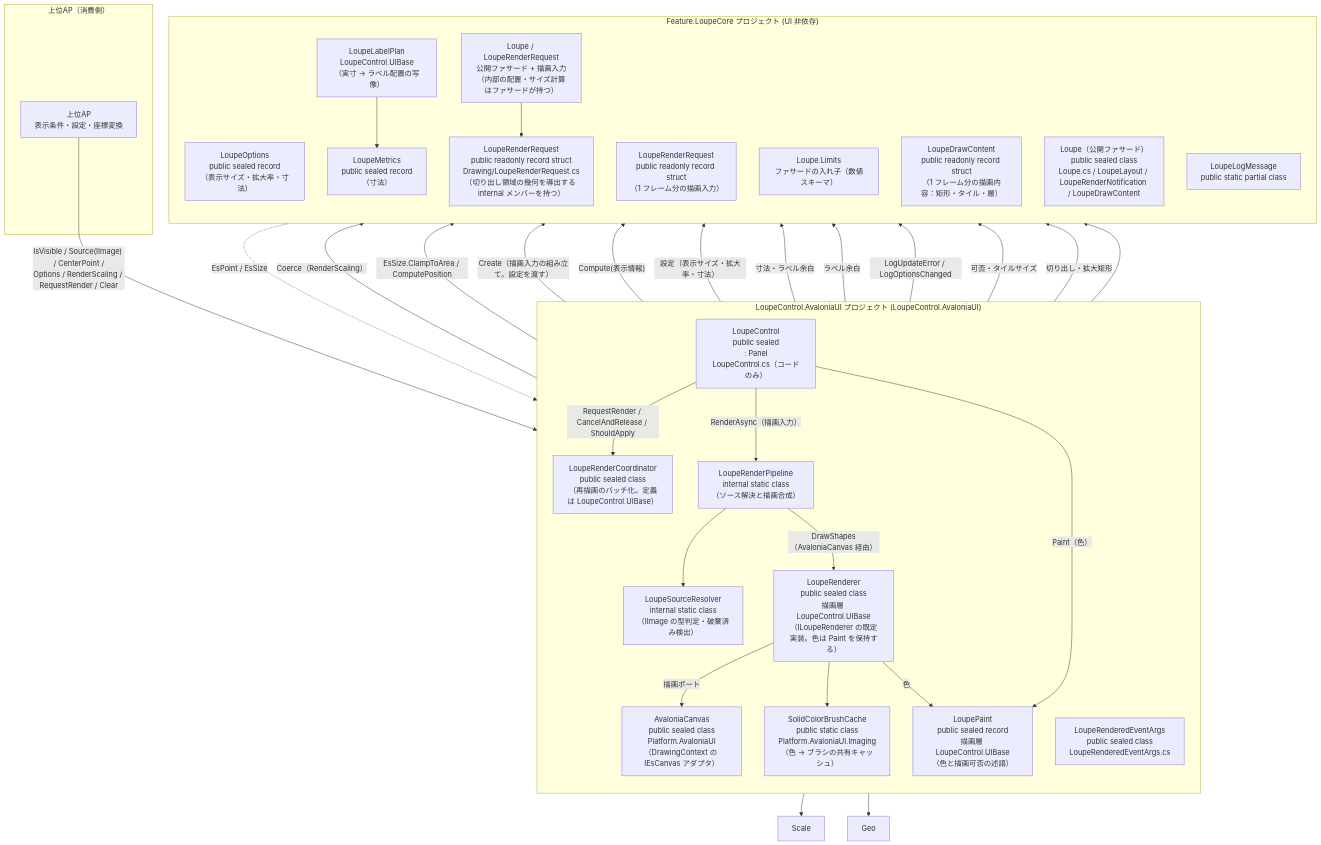
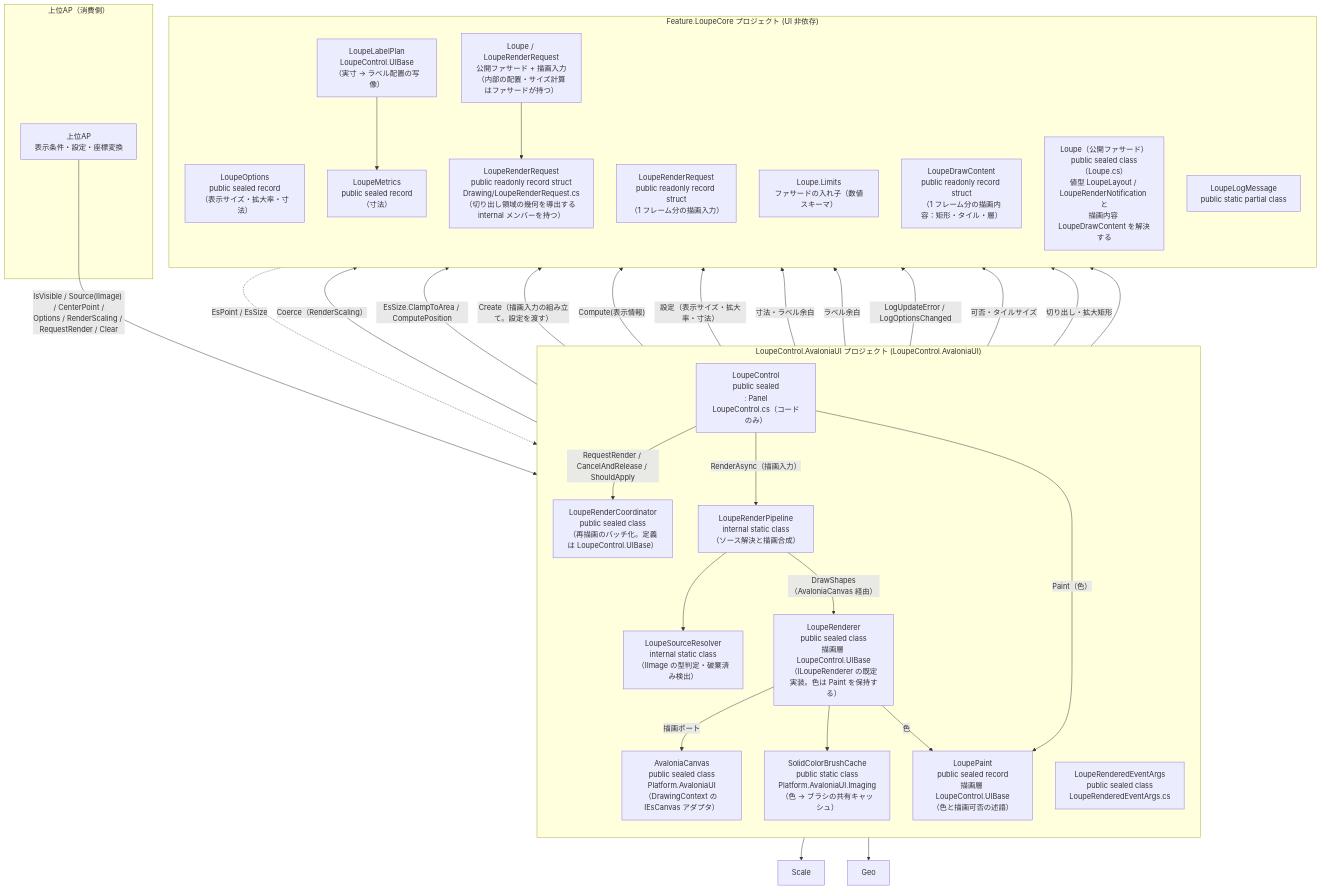
The first of 2 diagrams in src/LoupeControl.AvaloniaUI/SPEC_System.md (tomokuni/SaveEvidence), drawn with Mermaid before and after one commit. The commit also changed 23 other files, not shown here.

````diff
--- a/src/LoupeControl.AvaloniaUI/SPEC_System.md
+++ b/src/LoupeControl.AvaloniaUI/SPEC_System.md
@@ -92,57 +92,57 @@
 ```mermaid
 flowchart TB
     subgraph Host["上位AP（消費側）"]
         AP["上位AP<br/>表示条件・設定・座標変換"]
     end
     subgraph LC["LoupeControl.AvaloniaUI プロジェクト (LoupeControl.AvaloniaUI)"]
         direction TB
         Ctl["LoupeControl<br/>public sealed<br/>: Panel<br/>LoupeControl.cs（コードのみ）"]
         Coh["LoupeRenderCoordinator<br/>public sealed class<br/>（再描画のバッチ化。定義は LoupeControl.UIBase）"]
         Pip["LoupeRenderPipeline<br/>internal static class<br/>（ソース解決と描画合成）"]
         Src["LoupeSourceResolver<br/>internal static class<br/>（IImage の型判定・破棄済み検出）"]
         Rdr["LoupeRenderer<br/>public sealed class<br/>描画層 LoupeControl.UIBase<br/>（ILoupeRenderer の既定実装。色は Paint を保持する）"]
         Pnt["LoupePaint<br/>public sealed record<br/>描画層 LoupeControl.UIBase<br/>（色と描画可否の述語）"]
         Cvs["AvaloniaCanvas<br/>public sealed class<br/>Platform.AvaloniaUI<br/>（DrawingContext の IEsCanvas アダプタ）"]
         Brs["SolidColorBrushCache<br/>public static class<br/>Platform.AvaloniaUI.Imaging<br/>（色 → ブラシの共有キャッシュ）"]
         Evt["LoupeRenderedEventArgs<br/>public sealed class<br/>LoupeRenderedEventArgs.cs"]
     end
     subgraph Core["Feature.LoupeCore プロジェクト (UI 非依存)"]
         direction TB
         Opt["LoupeOptions<br/>public sealed record<br/>（表示サイズ・拡大率・寸法）"]
         Req["LoupeRenderRequest<br/>public readonly record struct<br/>（1 フレーム分の描画入力）"]
         App["LoupeMetrics<br/>public sealed record<br/>（寸法）"]
         Ext["LoupeRenderRequest<br/>public readonly record struct<br/>Drawing/LoupeRenderRequest.cs<br/>（切り出し領域の幾何を導出する internal メンバーを持つ）"]
         Coerce["Loupe.Limits<br/>ファサードの入れ子（数値スキーマ）"]
         Content["LoupeDrawContent<br/>public readonly record struct<br/>（1 フレーム分の描画内容：矩形・タイル・層）"]
         Lay["LoupeLabelPlan<br/>LoupeControl.UIBase<br/>（実寸 → ラベル配置の写像）"]
-        Pos["Loupe（公開ファサード）<br/>public sealed class<br/>Loupe.cs / LoupeLayout / LoupeRenderNotification / LoupeDrawContent"]
+        Pos["Loupe（公開ファサード）<br/>public sealed class（Loupe.cs）<br/>値型 LoupeLayout / LoupeRenderNotification と<br/>描画内容 LoupeDrawContent を解決する"]
         Args["Loupe / LoupeRenderRequest<br/>公開ファサード + 描画入力<br/>（内部の配置・サイズ計算はファサードが持つ）"]
         Log["LoupeLogMessage<br/>public static partial class"]
     end
 
     AP -->|"IsVisible / Source(IImage) / CenterPoint /<br/>Options / RenderScaling / RequestRender / Clear"| Ctl
     Ctl -->|"RequestRender / CancelAndRelease / ShouldApply"| Coh
     Ctl -->|"RenderAsync（描画入力）"| Pip
     Pip --> Src
     Ctl -->|"Coerce（RenderScaling）"| Coerce
     Ctl -->|"EsSize.ClampToArea / ComputePosition"| Pos
     Ctl -->|"Create（描画入力の組み立て。設定を渡す）"| Req
     Ctl -->|"Compute(表示情報)"| Args
     Ctl -->|"設定（表示サイズ・拡大率・寸法）"| Opt
     Ctl -->|"寸法・ラベル余白"| App
     Ctl -->|"Paint（色）"| Pnt
     Ctl -->|"ラベル余白"| Lay
     Ctl -->|"LogUpdateError / LogOptionsChanged"| Log
     Pip -->|"DrawShapes（AvaloniaCanvas 経由）"| Rdr
     Rdr -->|"描画ポート"| Cvs
     Rdr --> Brs
     Rdr -->|"可否・タイルサイズ"| App
     Rdr -->|"色"| Pnt
     Rdr --> Scale
     Rdr --> Geo
     Rdr -->|"切り出し・拡大矩形"| Ext
     Rdr --> Req
     Lay --> App
     Args --> Ext
     Ext -.->|"EsPoint / EsSize"| Ctl
 ```
````
